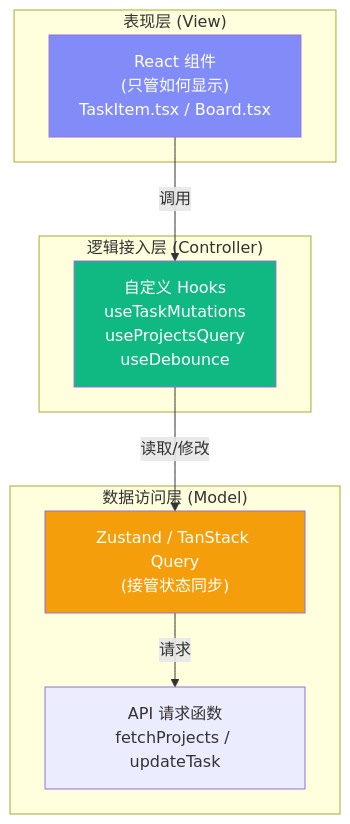
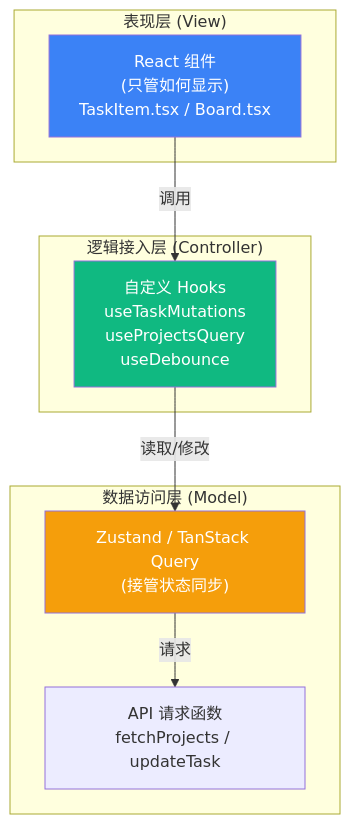
Before and after one commit to boltguo/react_learn: the second of 2 diagrams in docs/Lesson_15.md, drawn with Mermaid. The commit also changed other lines of this file and 31 other files, not shown here.

Commit message:
docs: 统一Mermaid术语与配色层级

````diff
--- a/docs/Lesson_15.md
+++ b/docs/Lesson_15.md
@@ -449,23 +461,23 @@
 ```mermaid
 flowchart TB
     subgraph "表现层 (View)"
         UI["React 组件<br/>(只管如何显示)<br/>TaskItem.tsx / Board.tsx"]
     end
     
     subgraph "逻辑接入层 (Controller)"
         Hooks["自定义 Hooks<br/>useTaskMutations<br/>useProjectsQuery<br/>useDebounce"]
     end
     
     subgraph "数据访问层 (Model)"
         Query["Zustand / TanStack Query<br/>(接管状态同步)"]
         Fetch["API 请求函数<br/>fetchProjects / updateTask"]
     end
     
     UI -->|"调用"| Hooks
     Hooks -->|"读取/修改"| Query
     Query -->|"请求"| Fetch
     
-    style UI fill:#818cf8,color:#fff
+    style UI fill:#3b82f6,color:#fff
     style Hooks fill:#10b981,color:#fff
     style Query fill:#f59e0b,color:#fff
 ```
````
